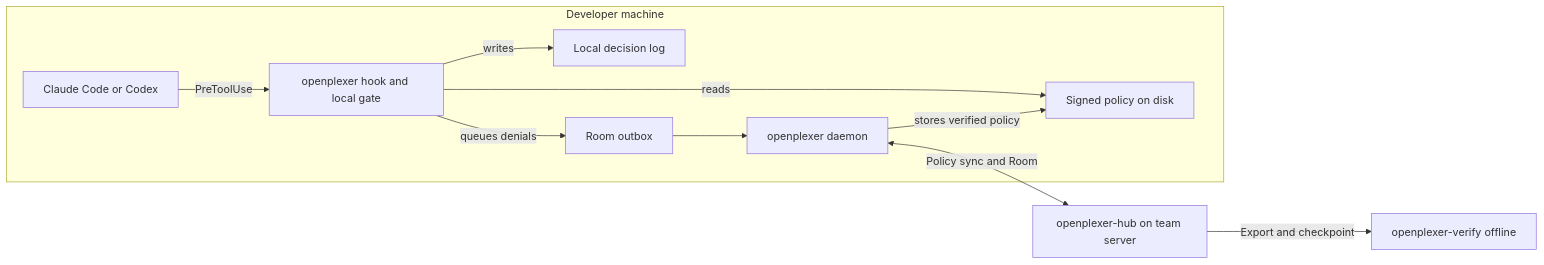
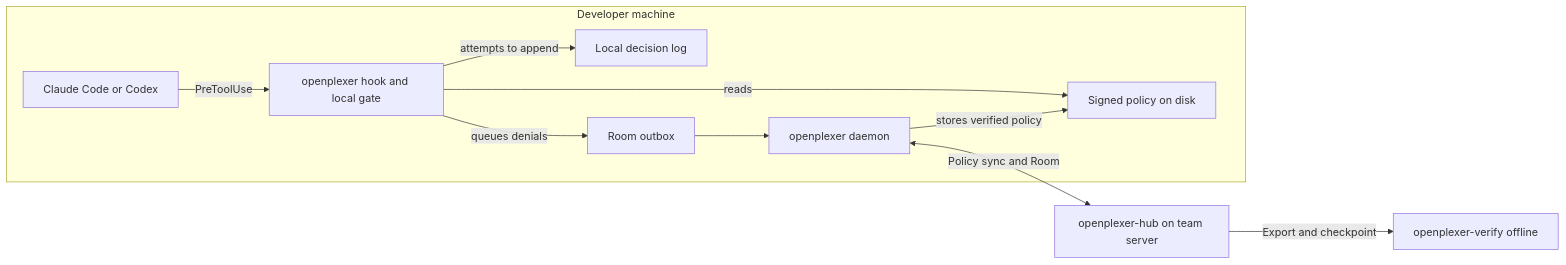
Before and after one commit to Multiplexer-si/OpenPlexer: the diagram in docs/architecture-and-privacy.md, drawn with Mermaid. The commit also changed other lines of this file and 1 other file, not shown here.

````diff
--- a/docs/architecture-and-privacy.md
+++ b/docs/architecture-and-privacy.md
@@ -7,13 +7,13 @@
 ```mermaid
 flowchart LR
     subgraph local["Developer machine"]
         agent["Claude Code or Codex"] -->|PreToolUse| hook["openplexer hook and local gate"]
         hook -->|reads| policy["Signed policy on disk"]
-        hook -->|writes| log["Local decision log"]
+        hook -->|attempts to append| log["Local decision log"]
         hook -->|queues denials| outbox["Room outbox"]
         outbox --> daemon["openplexer daemon"]
         daemon -->|stores verified policy| policy
     end
     daemon <-->|Policy sync and Room| hub["openplexer-hub on team server"]
     hub -->|Export and checkpoint| verify["openplexer-verify offline"]
 ```
````
